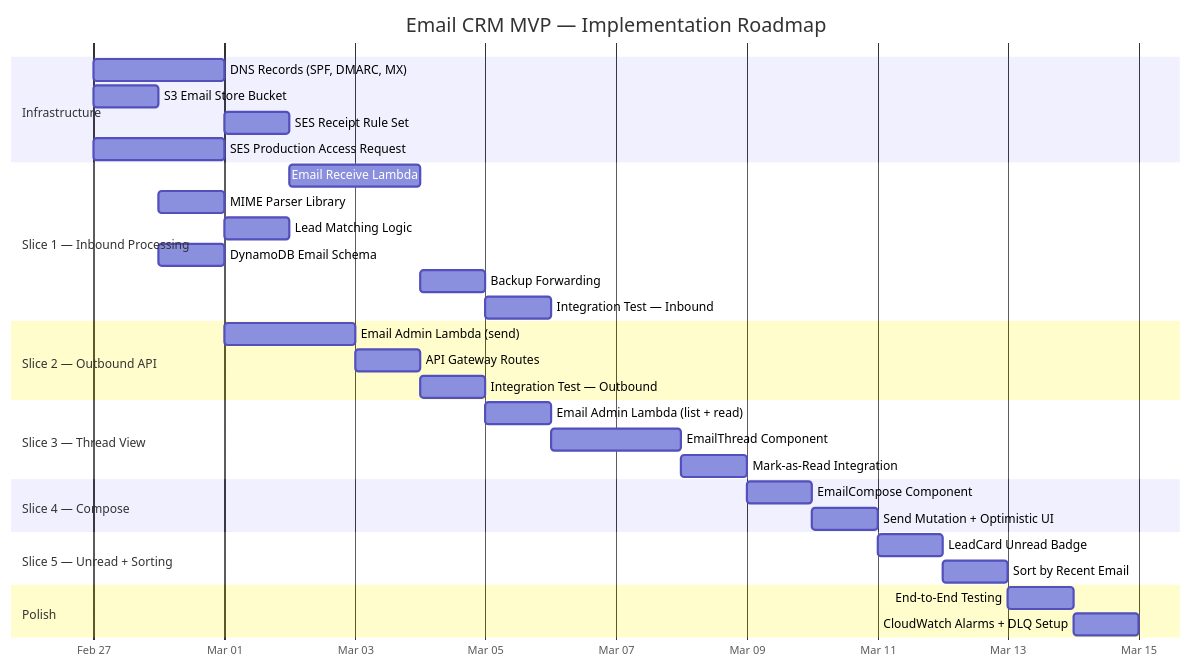
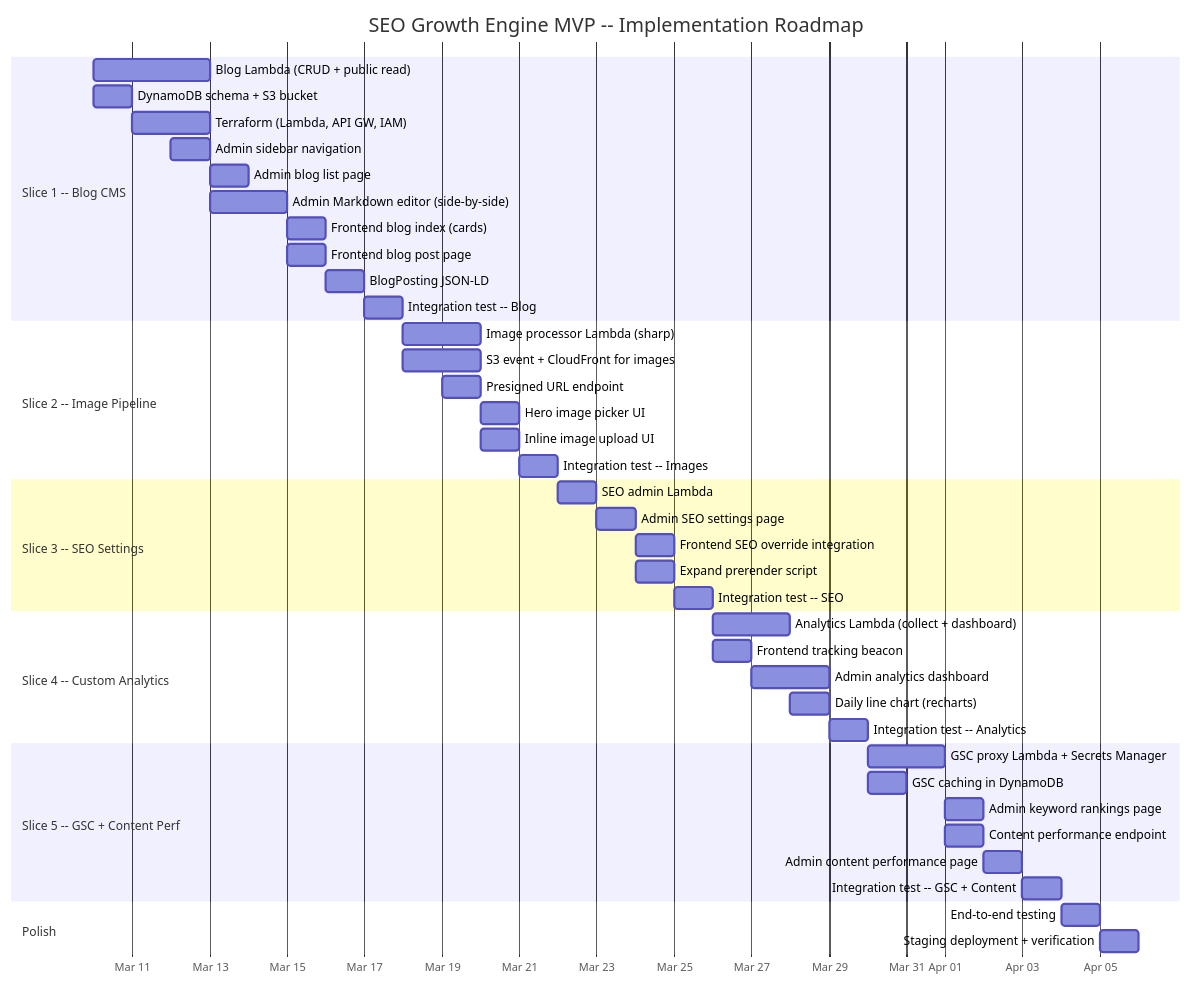
Before and after one commit to atlantic-blue/tropicoretreats: the sixth of 6 diagrams in .greenlight/ROADMAP.md, drawn with Mermaid. The commit also changed other lines of this file and 13 other files, not shown here.

````diff
--- a/.greenlight/ROADMAP.md
+++ b/.greenlight/ROADMAP.md
@@ -280,42 +354,52 @@
 ```mermaid
 gantt
-    title Email CRM MVP — Implementation Roadmap
+    title SEO Growth Engine MVP -- Implementation Roadmap
     dateFormat  YYYY-MM-DD
     axisFormat  %b %d
 
-    section Infrastructure
-    DNS Records (SPF, DMARC, MX)        :dns, 2026-02-27, 2d
-    S3 Email Store Bucket                :s3, 2026-02-27, 1d
-    SES Receipt Rule Set                 :ses, after dns, 1d
-    SES Production Access Request        :sandbox, 2026-02-27, 2d
+    section Slice 1 -- Blog CMS
+    Blog Lambda (CRUD + public read)       :blog_be, 2026-03-10, 3d
+    DynamoDB schema + S3 bucket            :blog_db, 2026-03-10, 1d
+    Terraform (Lambda, API GW, IAM)        :blog_tf, 2026-03-11, 2d
+    Admin sidebar navigation               :nav, 2026-03-12, 1d
+    Admin blog list page                   :blog_list, 2026-03-13, 1d
+    Admin Markdown editor (side-by-side)   :blog_edit, 2026-03-13, 2d
+    Frontend blog index (cards)            :blog_idx, 2026-03-15, 1d
+    Frontend blog post page                :blog_post, 2026-03-15, 1d
+    BlogPosting JSON-LD                    :blog_ld, 2026-03-16, 1d
+    Integration test -- Blog               :test1, 2026-03-17, 1d
 
-    section Slice 1 — Inbound Processing
-    Email Receive Lambda                 :rx_lambda, after ses, 2d
-    MIME Parser Library                  :mime, 2026-02-28, 1d
-    Lead Matching Logic                  :match, after mime, 1d
-    DynamoDB Email Schema                :schema, 2026-02-28, 1d
-    Backup Forwarding                    :fwd, after rx_lambda, 1d
-    Integration Test — Inbound           :test1, after fwd, 1d
+    section Slice 2 -- Image Pipeline
+    Image processor Lambda (sharp)         :img_be, 2026-03-18, 2d
+    S3 event + CloudFront for images       :img_tf, 2026-03-18, 2d
+    Presigned URL endpoint                 :img_url, 2026-03-19, 1d
+    Hero image picker UI                   :img_hero, 2026-03-20, 1d
+    Inline image upload UI                 :img_inline, 2026-03-20, 1d
+    Integration test -- Images             :test2, 2026-03-21, 1d
 
-    section Slice 2 — Outbound API
-    Email Admin Lambda (send)            :tx_lambda, after schema, 2d
-    API Gateway Routes                   :apigw, after tx_lambda, 1d
-    Integration Test — Outbound          :test2, after apigw, 1d
+    section Slice 3 -- SEO Settings
+    SEO admin Lambda                       :seo_be, 2026-03-22, 1d
+    Admin SEO settings page                :seo_ui, 2026-03-23, 1d
+    Frontend SEO override integration      :seo_fe, 2026-03-24, 1d
+    Expand prerender script                :seo_pre, 2026-03-24, 1d
+    Integration test -- SEO                :test3, 2026-03-25, 1d
 
-    section Slice 3 — Thread View
-    Email Admin Lambda (list + read)     :list_lambda, after test2, 1d
-    EmailThread Component                :thread_ui, after list_lambda, 2d
-    Mark-as-Read Integration             :read_ui, after thread_ui, 1d
+    section Slice 4 -- Custom Analytics
+    Analytics Lambda (collect + dashboard) :an_be, 2026-03-26, 2d
+    Frontend tracking beacon               :an_fe, 2026-03-26, 1d
+    Admin analytics dashboard              :an_ui, 2026-03-27, 2d
+    Daily line chart (recharts)            :an_chart, 2026-03-28, 1d
+    Integration test -- Analytics          :test4, 2026-03-29, 1d
 
-    section Slice 4 — Compose
-    EmailCompose Component               :compose_ui, after read_ui, 1d
-    Send Mutation + Optimistic UI        :send_ui, after compose_ui, 1d
-
-    section Slice 5 — Unread + Sorting
-    LeadCard Unread Badge                :badge, after send_ui, 1d
-    Sort by Recent Email                 :sort, after badge, 1d
+    section Slice 5 -- GSC + Content Perf
+    GSC proxy Lambda + Secrets Manager     :gsc_be, 2026-03-30, 2d
+    GSC caching in DynamoDB                :gsc_cache, 2026-03-30, 1d
+    Admin keyword rankings page            :gsc_ui, 2026-04-01, 1d
+    Content performance endpoint           :cp_be, 2026-04-01, 1d
+    Admin content performance page         :cp_ui, 2026-04-02, 1d
+    Integration test -- GSC + Content      :test5, 2026-04-03, 1d
 
     section Polish
-    End-to-End Testing                   :e2e, after sort, 1d
-    CloudWatch Alarms + DLQ Setup        :monitoring, after e2e, 1d
+    End-to-end testing                     :e2e, 2026-04-04, 1d
+    Staging deployment + verification      :staging, 2026-04-05, 1d
 ```
````
